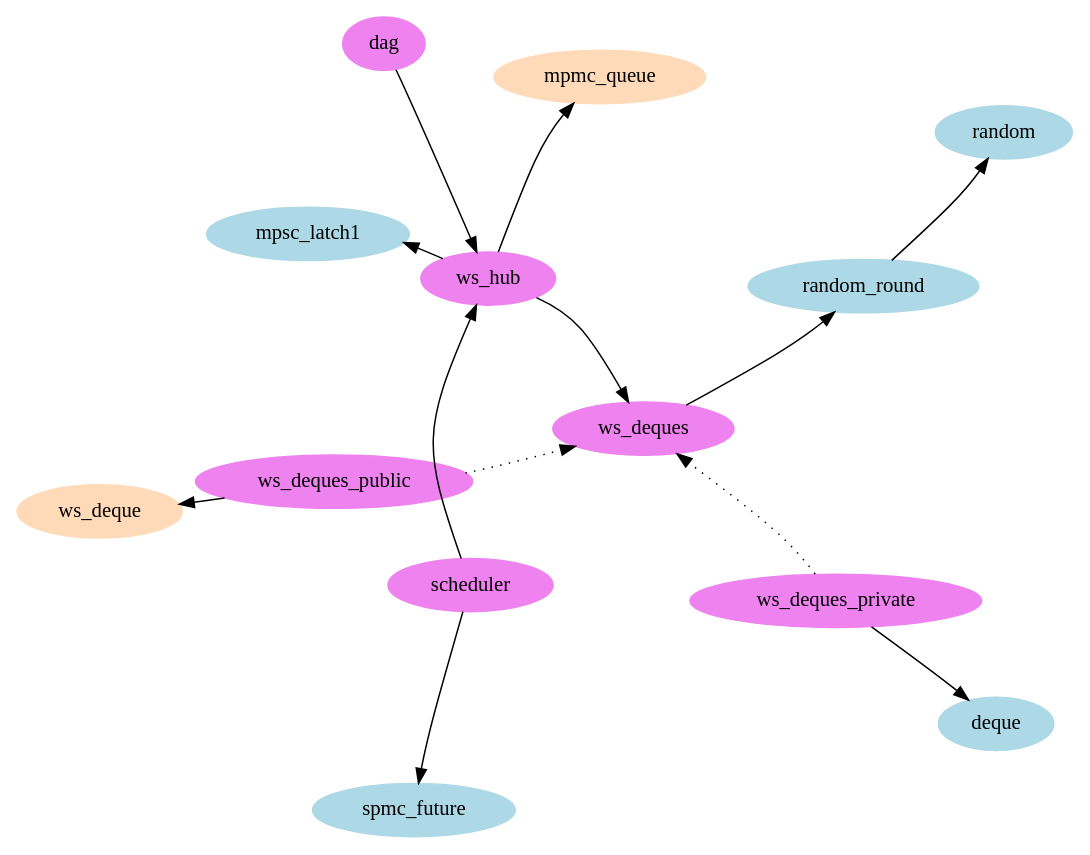
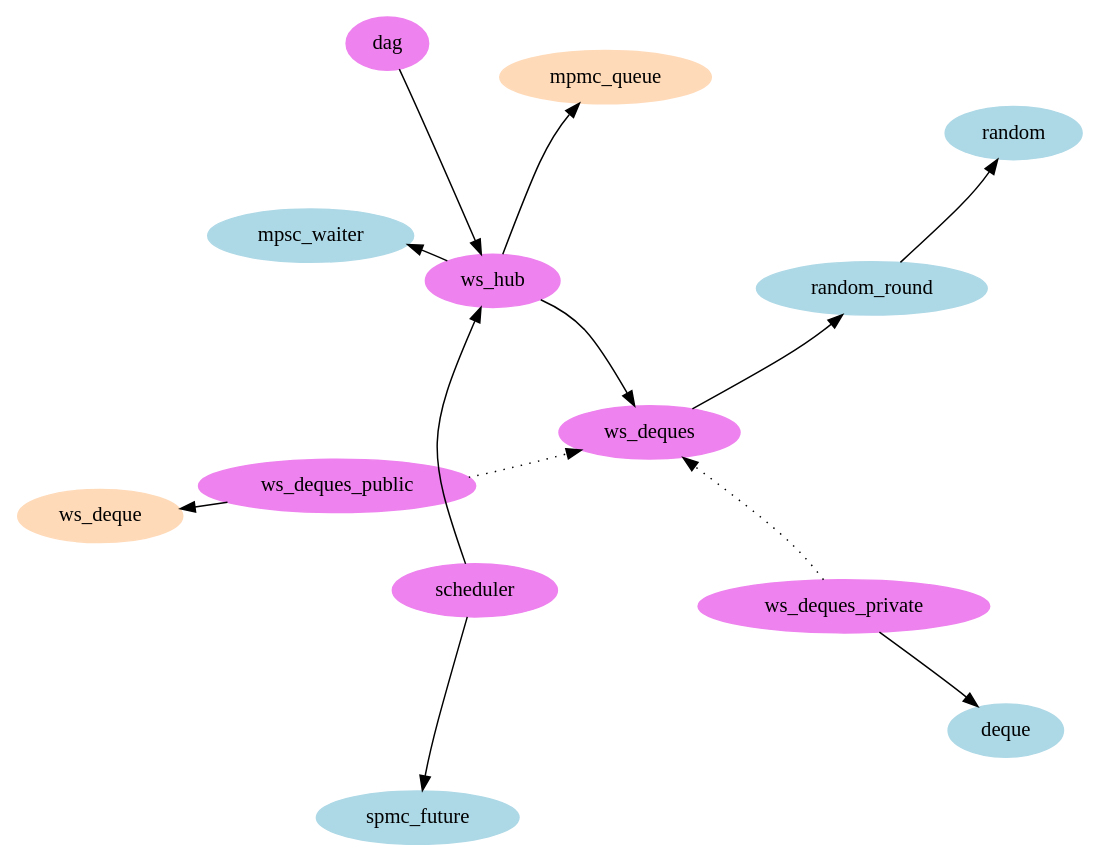
Before and after one commit to clef-men/zoo: the diagram in doc/scheduling.dot, drawn with Graphviz. The commit also changed 6 other files, not shown here.

Commit message:
latch1 → waiter.

```diff
--- a/doc/scheduling.dot
+++ b/doc/scheduling.dot
@@ -1,64 +1,64 @@
 digraph {
 	layout=sfdp
 	overlap=false
 	splines=curved
 
 	subgraph cluster_std {
 		label="std"
 		node [style=filled, color=lightblue]
 		/* array [label="array"] */
 		random [label="random"]
 		random_round [label="random_round"]
 		deque [label="deque"]
 		/* mutex [label="mutex"] */
 		/* condition [label="condition"] */
-		mpsc_latch1 [label="mpsc_latch1"]
+		mpsc_waiter [label="mpsc_waiter"]
 		spmc_future [label="spmc_future"]
 	}
 
 	subgraph cluster_saturn {
 		label="saturn"
 		node [style=filled, color=peachpuff]
 		mpmc_queue [label="mpmc_queue"]
 		ws_deque [label="ws_deque"]
 	}
 
 	subgraph cluster_scheduling {
 		label="scheduling"
 		node [style=filled, color=violet]
 		ws_deques [label="ws_deques"]
 		ws_deques_public [label="ws_deques_public"]
 		ws_deques_private [label="ws_deques_private"]
 		ws_hub [label="ws_hub"]
 		scheduler [label="scheduler"]
 		dag [label="dag"]
 	}
 
 	random_round -> random
 	/* random_round -> array */
 
-	/* mpsc_latch1 -> mutex */
-	/* mpsc_latch1 -> condition */
+	/* mpsc_waiter -> mutex */
+	/* mpsc_waiter -> condition */
 
 	/* spmc_future -> mutex */
 	/* spmc_future -> condition */
 
 	/* ws_deques_public -> array */
 	ws_deques_public -> ws_deque
 	ws_deques_public -> ws_deques [style=dotted]
 
 	/* ws_deques_private -> array */
 	ws_deques_private -> deque
 	ws_deques_private -> ws_deques [style=dotted]
 
 	ws_deques -> random_round
 
 	ws_hub -> mpmc_queue
-	ws_hub -> mpsc_latch1
+	ws_hub -> mpsc_waiter
 	ws_hub -> ws_deques
 
 	scheduler -> spmc_future
 	scheduler -> ws_hub
 
 	dag -> ws_hub
 }
```
